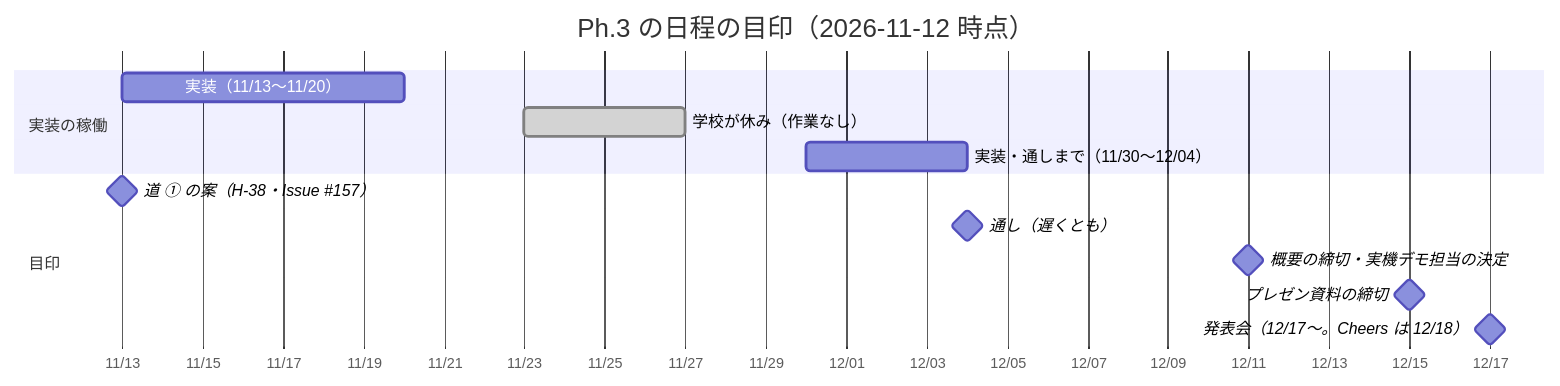
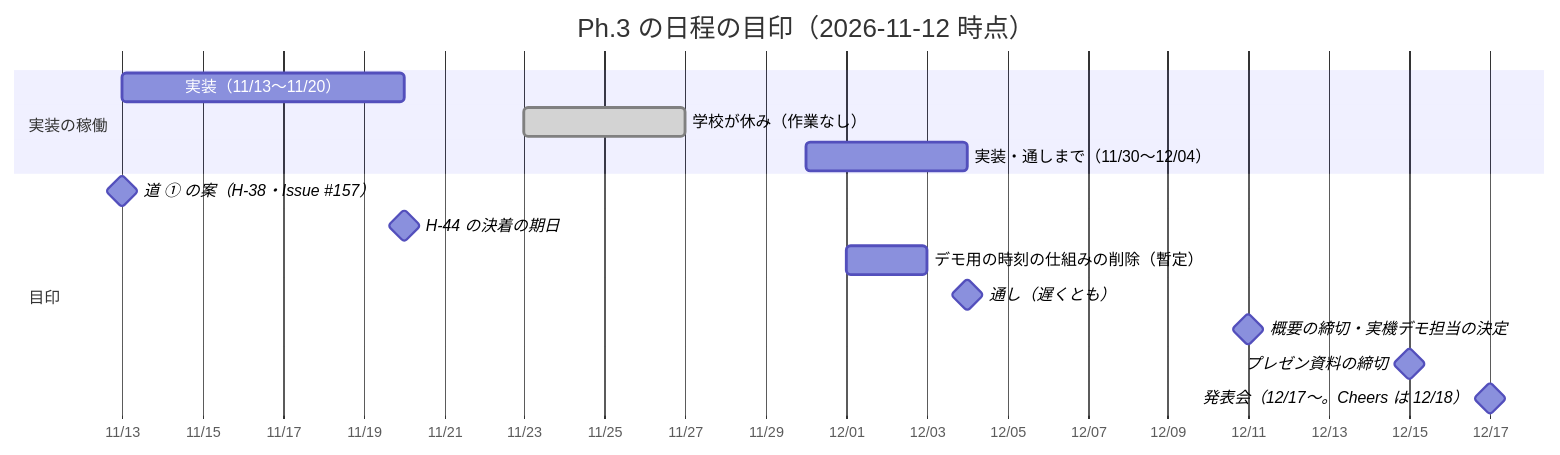
The second of 2 diagrams in pm/wbs.md (250158hj-maker/yse_compass), drawn with Mermaid before and after one commit. The commit also changed other lines of this file, not shown here.

````diff
--- a/pm/wbs.md
+++ b/pm/wbs.md
@@ -364,18 +389,20 @@
 ```mermaid
 gantt
     title Ph.3 の日程の目印（2026-11-12 時点）
     dateFormat  YYYY-MM-DD
     axisFormat  %m/%d
 
     section 実装の稼働
     実装（11/13〜11/20）              :a1, 2026-11-13, 2026-11-20
     学校が休み（作業なし）             :done, a2, 2026-11-23, 2026-11-27
     実装・通しまで（11/30〜12/04）    :a3, 2026-11-30, 2026-12-04
 
     section 目印
     道 ① の案（H-38・Issue #157）     :milestone, m1, 2026-11-13, 0d
+    H-44 の決着の期日                  :milestone, m6, 2026-11-20, 0d
+    デモ用の時刻の仕組みの削除（暫定）  :a4, 2026-12-01, 2026-12-03
     通し（遅くとも）                   :milestone, m2, 2026-12-04, 0d
     概要の締切・実機デモ担当の決定      :milestone, m3, 2026-12-11, 0d
     プレゼン資料の締切                 :milestone, m4, 2026-12-15, 0d
     発表会（12/17〜。Cheers は 12/18） :milestone, m5, 2026-12-17, 0d
 ```
````
